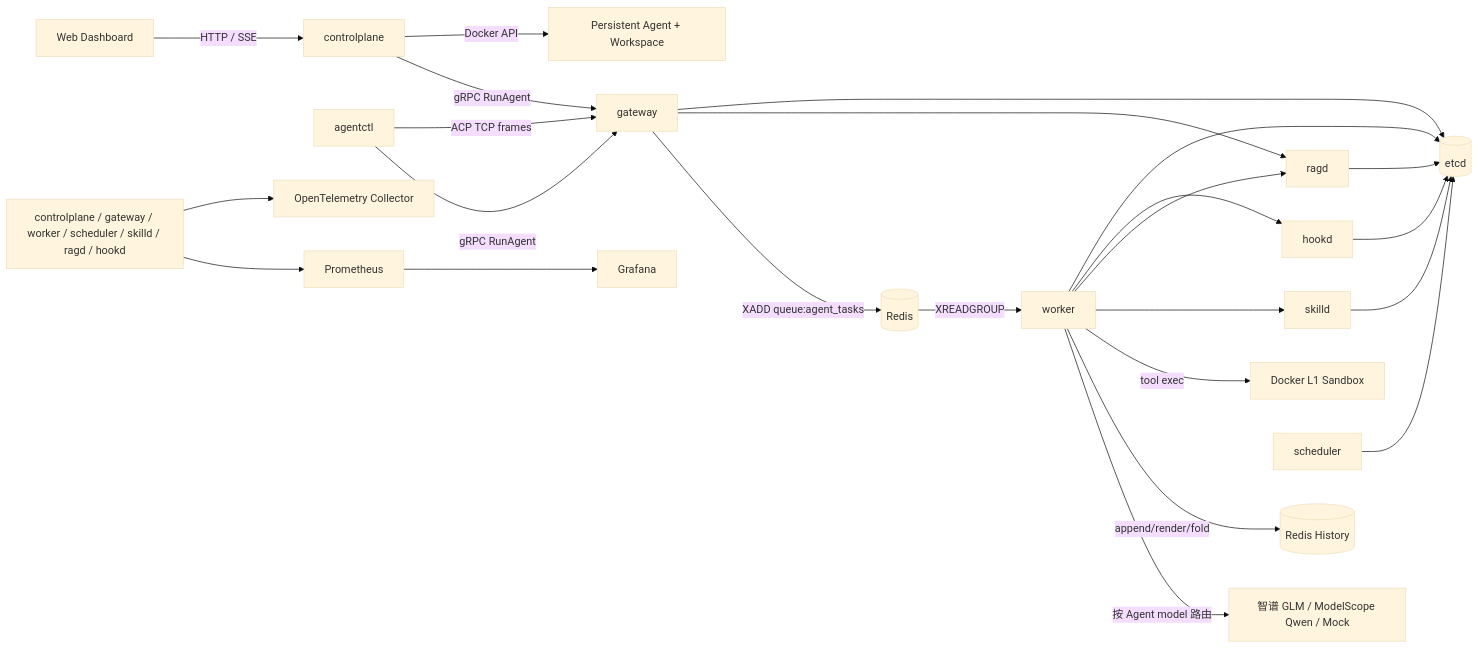
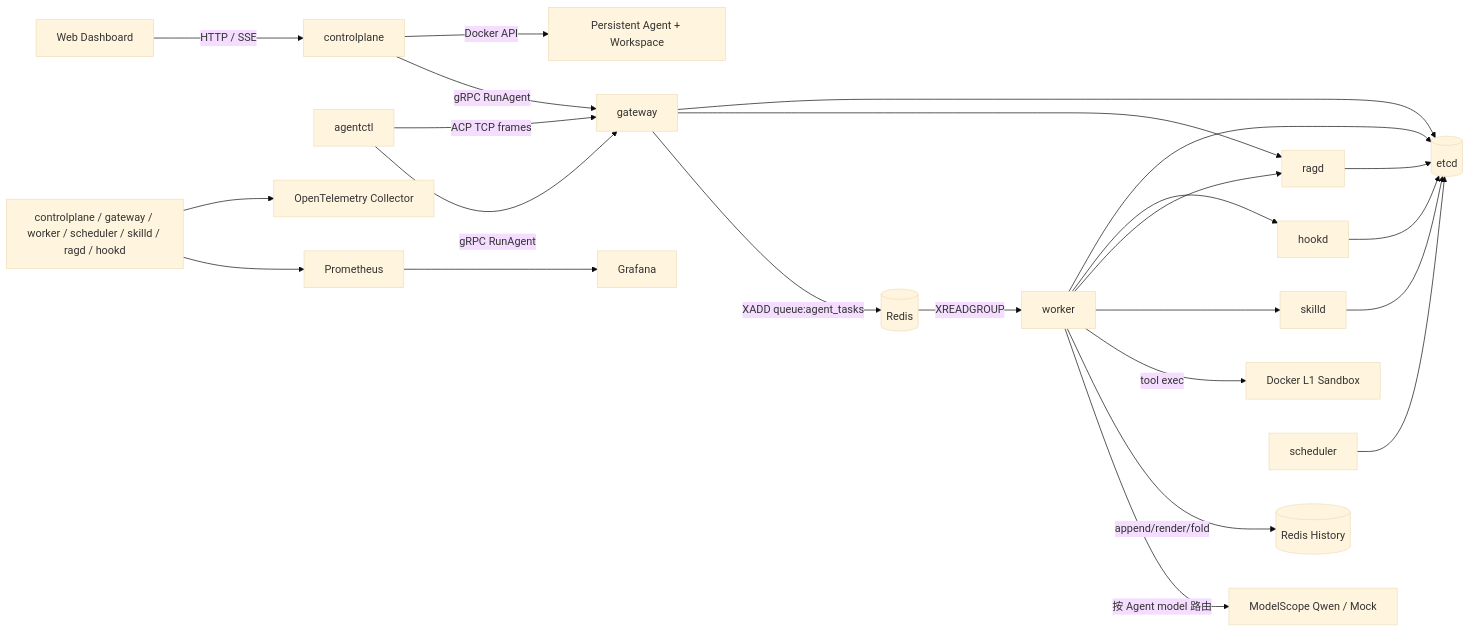
Before and after one commit to wzhnbsixsixsix/AI-Agent-Cloud-Runtime: the diagram in PROJECT_DESIGN.md, drawn with Mermaid (base theme). The commit also changed other lines of this file and 35 other files, not shown here.

````diff
--- a/PROJECT_DESIGN.md
+++ b/PROJECT_DESIGN.md
@@ -35,26 +35,26 @@
 ```mermaid
 flowchart LR
   Browser[Web Dashboard] -->|HTTP / SSE| ControlPlane[controlplane]
   ControlPlane -->|gRPC RunAgent| Gateway
   ControlPlane -->|Docker API| PersistentAgent[Persistent Agent + Workspace]
   Agentctl[agentctl] -->|gRPC RunAgent| Gateway[gateway]
   Agentctl -->|ACP TCP frames| Gateway
   Gateway -->|XADD queue:agent_tasks| Redis[(Redis)]
   Redis -->|XREADGROUP| Worker[worker]
-  Worker -->|按 Agent model 路由| LLM[智谱 GLM / ModelScope Qwen / Mock]
+  Worker -->|按 Agent model 路由| LLM[ModelScope Qwen / Mock]
   Worker -->|append/render/fold| History[(Redis History)]
   Worker -->|tool exec| Sandbox[Docker L1 Sandbox]
   Worker --> Skilld[skilld]
   Worker --> Ragd[ragd]
   Worker --> Hookd[hookd]
   Gateway --> Ragd
   Scheduler[scheduler] --> Etcd[(etcd)]
   Skilld --> Etcd
   Ragd --> Etcd
   Hookd --> Etcd
   Worker --> Etcd
   Gateway --> Etcd
   Services[controlplane / gateway / worker / scheduler / skilld / ragd / hookd] --> Prom[Prometheus]
   Services --> OTel[OpenTelemetry Collector]
   Prom --> Grafana[Grafana]
 ```
````
